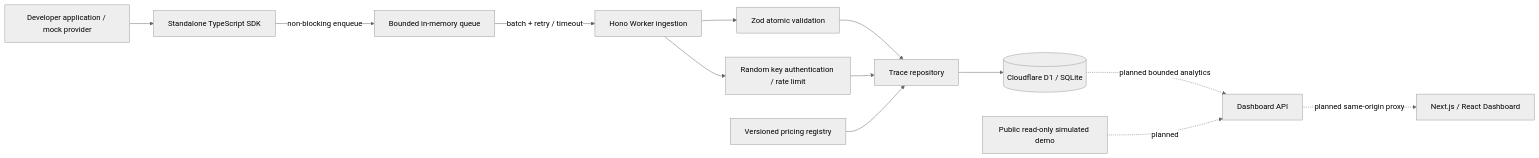
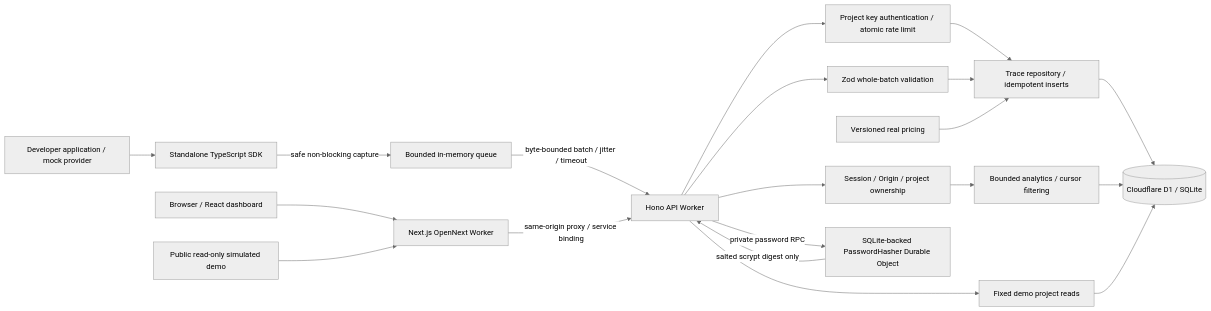
The diagram in docs/architecture.md (Metricra-code/traceai), drawn with Mermaid (neutral theme) before and after one commit. The commit also changed other lines of this file and 75 other files, not shown here.

Commit message:
feat: ship TraceAI dashboard, secure projects and live analytics

````diff
--- a/docs/architecture.md
+++ b/docs/architecture.md
@@ -5,15 +8,22 @@
 ```mermaid
 flowchart LR
     A[Developer application / mock provider] --> S[Standalone TypeScript SDK]
-    S -->|non-blocking enqueue| Q[Bounded in-memory queue]
-    Q -->|batch + retry / timeout| H[Hono Worker ingestion]
-    H --> V[Zod atomic validation]
-    H --> K[Random key authentication / rate limit]
-    V --> R[Trace repository]
-    K --> R
+    S -->|safe non-blocking capture| Q[Bounded in-memory queue]
+    Q -->|byte-bounded batch / jitter / timeout| H[Hono API Worker]
+    H --> K[Project key authentication / atomic rate limit]
+    H --> V[Zod whole-batch validation]
+    K --> R[Trace repository / idempotent inserts]
+    V --> R
+    P[Versioned real pricing] --> R
     R --> D[(Cloudflare D1 / SQLite)]
-    P[Versioned pricing registry] --> R
-    D -. planned bounded analytics .-> B[Dashboard API]
-    B -. planned same-origin proxy .-> W[Next.js / React Dashboard]
-    U[Public read-only simulated demo] -. planned .-> B
+    B[Browser / React dashboard] --> N[Next.js OpenNext Worker]
+    N -->|same-origin proxy / service binding| H
+    H --> C[Session / Origin / project ownership]
+    C --> AN[Bounded analytics / cursor filtering]
+    AN --> D
+    H -->|private password RPC| PW[SQLite-backed PasswordHasher Durable Object]
+    PW -->|salted scrypt digest only| H
+    U[Public read-only simulated demo] --> N
+    H --> DE[Fixed demo project reads]
+    DE --> D
 ```
````
